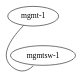
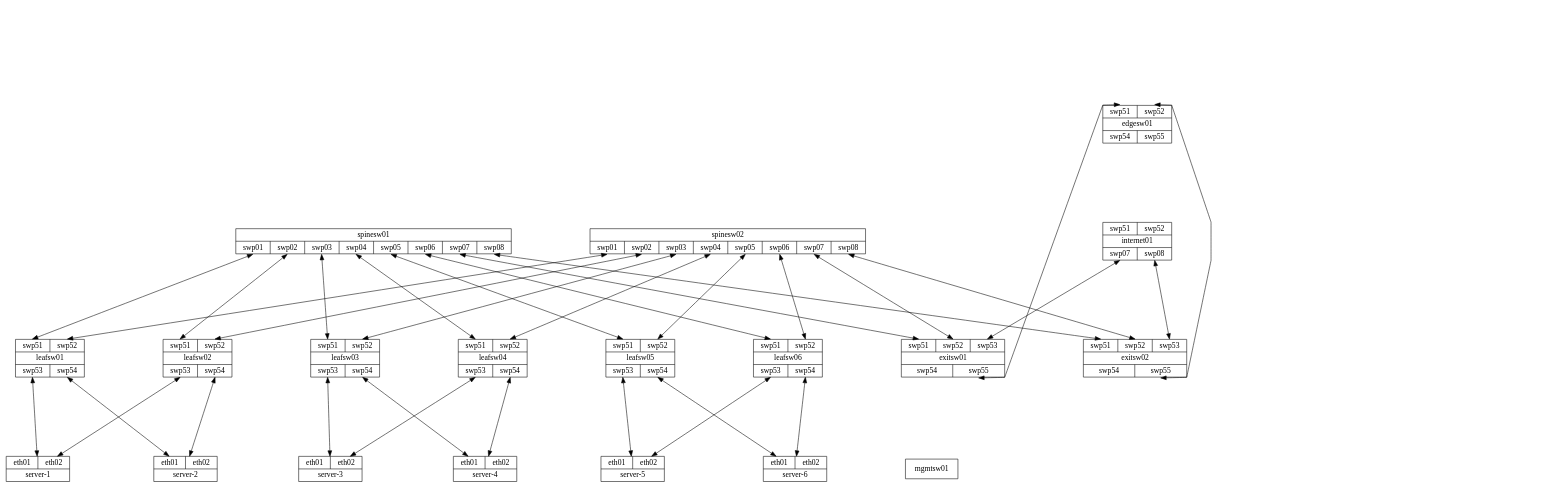
The diagram in Stage1/topology_production.dot (RevREB/openinfrasimulator), drawn with Graphviz before and after one commit.

```diff
--- a/Stage1/topology_production.dot
+++ b/Stage1/topology_production.dot
@@ -1,79 +1,111 @@
-graph vx {
- #"leafsw-1" [function="leaf" vagrant="eth1" as="CumulusCommunity/cumulus-vx" version="3.4.3" memory="768" config="./helper_scripts/config_production_switch.sh" ]
- #"leafsw-2" [function="leaf" vagrant="eth1" os="CumulusCommunity/cumulus-vx" version="3.4.3" memory="768" config="./helper_scripts/config_production_switch.sh" ]
- #"leafsw-3" [function="leaf" vagrant="eth1" os="CumulusCommunity/cumulus-vx" version="3.4.3" memory="768" config="./helper_scripts/config_production_switch.sh" ]
- #"leafsw-4" [function="leaf" vagrant="eth1" os="CumulusCommunity/cumulus-vx" version="3.4.3" memory="768" config="./helper_scripts/config_production_switch.sh" ]
- #"leafsw-5" [function="leaf" vagrant="eth1" os="CumulusCommunity/cumulus-vx" version="3.4.3" memory="768" config="./helper_scripts/config_production_switch.sh" ]
- #"leafsw-6" [function="leaf" vagrant="eth1" os="CumulusCommunity/cumulus-vx" version="3.4.3" memory="768" config="./helper_scripts/config_production_switch.sh" ]
- #"spinesw-1" [function="spine" vagrant="eth1" os="CumulusCommunity/cumulus-vx" version="3.4.3" memory="768" config="./helper_scripts/config_production_switch.sh" ]
- #"spinesw-2" [function="spine" vagrant="eth1" os="CumulusCommunity/cumulus-vx" version="3.4.3" memory="768" config="./helper_scripts/config_production_switch.sh" ]
- #"edgesw-1" [function="edge" vagrant="eth1" os="CumulusCommunity/cumulus-vx" version="3.4.3" memory="768" config="./helper_scripts/config_production_switch.sh" ]
- #"edgesw-2" [function="edge" vagrant="eth1" os="CumulusCommunity/cumulus-vx" version="3.4.3" memory="768" config="./helper_scripts/config_production_switch.sh" ]
- "mgmtsw-1" [function="oob-switch" vagrant="eth1" os="CumulusCommunity/cumulus-vx" version="4.2.0" memory="768" config="./helper_scripts/config_switch.sh" ]
- "mgmt-1" [function="oob-server" vagrant="eth1" os="debian/jessie64" memory="1024" config="./helper_scripts/config_oobserver.sh" ]
- #"server-1" [function="host" vagrant="eth3" os="CumulusCommunity/cumulus-vx" version="3.4.3" memory="768" config="./helper_scripts/config_production_server.sh" ]
- #"server-2" [function="host" vagrant="eth3" os="CumulusCommunity/cumulus-vx" version="3.4.3" memory="768" config="./helper_scripts/config_production_server.sh" ]
- #"server-3" [function="host" vagrant="eth3" os="CumulusCommunity/cumulus-vx" version="3.4.3" memory="768" config="./helper_scripts/config_production_server.sh" ]
- #"server-4" [function="host" vagrant="eth3" os="CumulusCommunity/cumulus-vx" version="3.4.3" memory="768" config="./helper_scripts/config_production_server.sh" ]
- #"server-5" [function="host" vagrant="eth3" os="CumulusCommunity/cumulus-vx" version="3.4.3" memory="768" config="./helper_scripts/config_production_server.sh" ]
- #"server-6" [function="host" vagrant="eth3" os="CumulusCommunity/cumulus-vx" version="3.4.3" memory="768" config="./helper_scripts/config_production_server.sh" ]
+digraph vx {
+    
+  ///////////////////////////////////////
+  // Global setup
+  ///////////////////////////////////////
 
- #"leaf-1":"swp51" -- "spine-1":"swp1"
- #"leaf-2":"swp51" -- "spine-1":"swp2"
- #"leaf-3":"swp51" -- "spine-1":"swp3"
- #"leaf-4":"swp51" -- "spine-1":"swp4"
- #"leaf-5":"swp51" -- "spine-1":"swp5"
- #"leaf-6":"swp51" -- "spine-1":"swp6"
- #"leaf-1":"swp52" -- "spine-2":"swp1"
- #"leaf-2":"swp52" -- "spine-2":"swp2"
- #"leaf-3":"swp52" -- "spine-2":"swp3"
- #"leaf-4":"swp52" -- "spine-2":"swp4"
- #"leaf-5":"swp52" -- "spine-2":"swp5"
- #"leaf-6":"swp52" -- "spine-2":"swp6"
+  node [shape=record];
+  rankdir=BT;
+  ranksep=2;
+  nodesep=2;
+  splines=polyline;
+  
+  ## Define Switch Nodes
+  "leafsw01" [label="{{ <swp51> swp51 | <swp52> swp52 } | leafsw01 | { <swp53> swp53 | <swp54> swp54 }}"; function="leaf" vagrant="eth1" as="CumulusCommunity/cumulus-vx" version="3.4.3" memory="768" config="./helper_scripts/config_production_switch.sh" ]
+  "leafsw02" [label="{{ <swp51> swp51 | <swp52> swp52 } | leafsw02 | { <swp53> swp53 | <swp54> swp54 }}"; function="leaf" vagrant="eth1" os="CumulusCommunity/cumulus-vx" version="3.4.3" memory="768" config="./helper_scripts/config_production_switch.sh" ]
+  "leafsw03" [label="{{ <swp51> swp51 | <swp52> swp52 } | leafsw03 | { <swp53> swp53 | <swp54> swp54 }}"; function="leaf" vagrant="eth1" os="CumulusCommunity/cumulus-vx" version="3.4.3" memory="768" config="./helper_scripts/config_production_switch.sh" ]
+  "leafsw04" [label="{{ <swp51> swp51 | <swp52> swp52 } | leafsw04 | { <swp53> swp53 | <swp54> swp54 }}"; function="leaf" vagrant="eth1" os="CumulusCommunity/cumulus-vx" version="3.4.3" memory="768" config="./helper_scripts/config_production_switch.sh" ]
+  "leafsw05" [label="{{ <swp51> swp51 | <swp52> swp52 } | leafsw05 | { <swp53> swp53 | <swp54> swp54 }}"; function="leaf" vagrant="eth1" os="CumulusCommunity/cumulus-vx" version="3.4.3" memory="768" config="./helper_scripts/config_production_switch.sh" ]
+  "leafsw06" [label="{{ <swp51> swp51 | <swp52> swp52 } | leafsw06 | { <swp53> swp53 | <swp54> swp54 }}"; function="leaf" vagrant="eth1" os="CumulusCommunity/cumulus-vx" version="3.4.3" memory="768" config="./helper_scripts/config_production_switch.sh" ]
+  "spinesw01" [label="{ spinesw01 |{ <swp01> swp01 | <swp02> swp02 | <swp03> swp03 | <swp04> swp04 | <swp05> swp05 | <swp06> swp06 | <swp07> swp07 | <swp08> swp08 }}"; function="spine" vagrant="eth1" os="CumulusCommunity/cumulus-vx" version="3.4.3" memory="768" config="./helper_scripts/config_production_switch.sh" ]
+  "spinesw02" [label="{ spinesw02 |{ <swp01> swp01 | <swp02> swp02 | <swp03> swp03 | <swp04> swp04 | <swp05> swp05 | <swp06> swp06 | <swp07> swp07 | <swp08> swp08 }}"; function="spine" vagrant="eth1" os="CumulusCommunity/cumulus-vx" version="3.4.3" memory="768" config="./helper_scripts/config_production_switch.sh" ]
+  "edgesw01" [label="{{ <swp51> swp51 | <swp52> swp52 } | edgesw01 | { <swp54> swp54 | <swp55> swp55 }}"; function="edge" vagrant="eth1" os="CumulusCommunity/cumulus-vx" version="3.4.3" memory="768" config="./helper_scripts/config_production_switch.sh" ]
+  "internet01" [label="{{ <swp51> swp51 | <swp52> swp52 } | internet01 | { <swp07> swp07 | <swp08> swp08 }}"; function="edge" vagrant="eth1" os="CumulusCommunity/cumulus-vx" version="3.4.3" memory="768" config="./helper_scripts/config_production_switch.sh" ]
+  "exitsw01" [label="{{ <swp51> swp51 | <swp52> swp52 | <swp53> swp53 } | exitsw01 | { <swp54> swp54 | <swp55> swp55 }}"; function="edge" vagrant="eth1" os="CumulusCommunity/cumulus-vx" version="3.4.3" memory="768" config="./helper_scripts/config_production_switch.sh" ]
+  "exitsw02" [label="{{ <swp51> swp51 | <swp52> swp52 | <swp53> swp53 } | exitsw02 | { <swp54> swp54 | <swp55> swp55 }}"; function="edge" vagrant="eth1" os="CumulusCommunity/cumulus-vx" version="3.4.3" memory="768" config="./helper_scripts/config_production_switch.sh" ]
+  "mgmtsw01" [function="oob-switch" vagrant="eth1" os="CumulusCommunity/cumulus-vx" version="4.2.0" memory="768" config="./helper_scripts/config_switch.sh" ]
+ 
+  ## Define Server Nodes
+  #"mgmt-1" [function="oob-server" vagrant="eth1" os="debian/jessie64" memory="1024" config="./helper_scripts/config_oobserver.sh" ]
+  "server-1" [label="{{ <eth01> eth01 | <eth02> eth02 } | server-1}"; function="host" vagrant="eth3" os="CumulusCommunity/cumulus-vx" version="3.4.3" memory="768" config="./helper_scripts/config_production_server.sh" ]
+  "server-2" [label="{{ <eth01> eth01 | <eth02> eth02 } | server-2}"; function="host" vagrant="eth3" os="CumulusCommunity/cumulus-vx" version="3.4.3" memory="768" config="./helper_scripts/config_production_server.sh" ]
+  "server-3" [label="{{ <eth01> eth01 | <eth02> eth02 } | server-3}"; function="host" vagrant="eth3" os="CumulusCommunity/cumulus-vx" version="3.4.3" memory="768" config="./helper_scripts/config_production_server.sh" ]
+  "server-4" [label="{{ <eth01> eth01 | <eth02> eth02 } | server-4}"; function="host" vagrant="eth3" os="CumulusCommunity/cumulus-vx" version="3.4.3" memory="768" config="./helper_scripts/config_production_server.sh" ]
+  "server-5" [label="{{ <eth01> eth01 | <eth02> eth02 } | server-5}"; function="host" vagrant="eth3" os="CumulusCommunity/cumulus-vx" version="3.4.3" memory="768" config="./helper_scripts/config_production_server.sh" ]
+  "server-6" [label="{{ <eth01> eth01 | <eth02> eth02 } | server-6}"; function="host" vagrant="eth3" os="CumulusCommunity/cumulus-vx" version="3.4.3" memory="768" config="./helper_scripts/config_production_server.sh" ]
 
- #"leaf-1":"swp53" -- "leaf-2":"swp53"
- #"leaf-1":"swp54" -- "leaf-2":"swp54"
- #"leaf-3":"swp53" -- "leaf-4":"swp53"
- #"leaf-3":"swp54" -- "leaf-4":"swp54"
- #"leaf-5":"swp53" -- "leaf-6":"swp53"
- #"leaf-5":"swp54" -- "leaf-6":"swp54"
+  "leafsw01":"swp51":n -> "spinesw01":"swp01":s[dir=both]
+  "leafsw02":"swp51":n -> "spinesw01":"swp02":s[dir=both]
+  "leafsw03":"swp51":n -> "spinesw01":"swp03":s[dir=both]
+  "leafsw04":"swp51":n -> "spinesw01":"swp04":s[dir=both]
+  "leafsw05":"swp51":n -> "spinesw01":"swp05":s[dir=both]
+  "leafsw06":"swp51":n -> "spinesw01":"swp06":s[dir=both]
+  "leafsw01":"swp52":n -> "spinesw02":"swp01":s[dir=both]
+  "leafsw02":"swp52":n -> "spinesw02":"swp02":s[dir=both]
+  "leafsw03":"swp52":n -> "spinesw02":"swp03":s[dir=both]
+  "leafsw04":"swp52":n -> "spinesw02":"swp04":s[dir=both]
+  "leafsw05":"swp52":n -> "spinesw02":"swp05":s[dir=both]
+  "leafsw06":"swp52":n -> "spinesw02":"swp06":s[dir=both]
 
- #"edge-1":"swp53" -- "edge-2":"swp53"
- #"edge-1":"swp54" -- "edge-2":"swp54"
+  #"leafsw01":e -> "leafsw02":w[dir=both][ weight = 100, style = invis ]
+  #"leafsw01":"swp54" -> "leafsw02":"swp54"
+  #"leafsw03":"swp53" -> "leafsw04":"swp53"
+  #"leafsw03":"swp54" -> "leafsw04":"swp54"
+  #"leafsw05":"swp53" -> "leafsw06":"swp53"
+  #"leafsw05":"swp54" -> "leafsw06":"swp54"
 
- #"edge-1":"swp51" -- "spine-1":"swp51"
- #"edge-1":"swp52" -- "spine-2":"swp51"
- #"edge-2":"swp51" -- "spine-1":"swp52"
- #"edge-2":"swp52" -- "spine-2":"swp52"
+  "exitsw01":"swp51":n -> "spinesw01":"swp07":s[dir=both]
+  "exitsw01":"swp52":n -> "spinesw02":"swp07":s[dir=both]
+  "exitsw02":"swp51":n -> "spinesw01":"swp08":s[dir=both]
+  "exitsw02":"swp52":n -> "spinesw02":"swp08":s[dir=both]
+  
+  "exitsw01":"swp53":n -> "internet01":"swp07":s[dir=both]
+  "exitsw02":"swp53":n -> "internet01":"swp08":s[dir=both]
+  
+  "exitsw01":"swp55":s -> "edgesw01":"swp51":n[dir=both]
+  "exitsw02":"swp55":s -> "edgesw01":"swp52":n[dir=both]
+  
+  "server-1":"eth1":n -> "leafsw01":"swp53":s [left_mac="00:03:00:11:11:01"][dir=both]
+  "server-1":"eth2":n -> "leafsw02":"swp53":s [left_mac="00:03:00:11:11:02"][dir=both]
+  "server-2":"eth1":n -> "leafsw01":"swp54":s [left_mac="00:03:00:22:22:01"][dir=both]
+  "server-2":"eth2":n -> "leafsw02":"swp54":s [left_mac="00:03:00:22:22:02"][dir=both]
+  "server-3":"eth1":n -> "leafsw03":"swp53":s [left_mac="00:03:00:33:33:01"][dir=both]
+  "server-3":"eth2":n -> "leafsw04":"swp53":s [left_mac="00:03:00:33:33:02"][dir=both]
+  "server-4":"eth1":n -> "leafsw03":"swp54":s [left_mac="00:03:00:44:44:01"][dir=both]
+  "server-4":"eth2":n -> "leafsw04":"swp54":s [left_mac="00:03:00:44:44:02"][dir=both]
+  "server-5":"eth1":n -> "leafsw05":"swp53":s [left_mac="00:03:00:55:55:01"][dir=both]
+  "server-5":"eth2":n -> "leafsw06":"swp53":s [left_mac="00:03:00:55:55:02"][dir=both]
+  "server-6":"eth1":n -> "leafsw05":"swp54":s [left_mac="00:03:00:66:66:01"][dir=both]
+  "server-6":"eth2":n -> "leafsw06":"swp54":s [left_mac="00:03:00:66:66:02"][dir=both]
 
- #"server-1":"eth1" -- "leaf-1":"swp1" [left_mac="00:03:00:11:11:01"]
- #"server-1":"eth2" -- "leaf-2":"swp1" [left_mac="00:03:00:11:11:02"]
- #"server-2":"eth1" -- "leaf-1":"swp2" [left_mac="00:03:00:22:22:01"]
- #"server-2":"eth2" -- "leaf-2":"swp2" [left_mac="00:03:00:22:22:02"]
- #"server-3":"eth1" -- "leaf-3":"swp1" [left_mac="00:03:00:33:33:01"]
- #"server-3":"eth2" -- "leaf-4":"swp1" [left_mac="00:03:00:33:33:02"]
- #"server-4":"eth1" -- "leaf-3":"swp2" [left_mac="00:03:00:44:44:01"]
- #"server-4":"eth2" -- "leaf-4":"swp2" [left_mac="00:03:00:44:44:02"]
- #"server-5":"eth1" -- "leaf-5":"swp1" [left_mac="00:03:00:55:55:01"]
- #"server-5":"eth2" -- "leaf-6":"swp1" [left_mac="00:03:00:55:55:02"]
- #"server-6":"eth1" -- "leaf-5":"swp2" [left_mac="00:03:00:66:66:01"]
- #"server-6":"eth2" -- "leaf-6":"swp2" [left_mac="00:03:00:66:66:02"]
+  #"leaf-1":"eth0" -- "mgmt-1":"swp1" [left_mac="a0:00:00:00:00:11"]
+  #"leaf-2":"eth0" -- "mgmt-1":"swp2" [left_mac="a0:00:00:00:00:12"]
+  #"leaf-3":"eth0" -- "mgmt-1":"swp3" [left_mac="a0:00:00:00:00:13"]
+  #"leaf-4":"eth0" -- "mgmt-1":"swp4" [left_mac="a0:00:00:00:00:14"]
+  #"leaf-5":"eth0" -- "mgmt-1":"swp5" [left_mac="a0:00:00:00:00:15"]
+  #"leaf-6":"eth0" -- "mgmt-1":"swp6" [left_mac="a0:00:00:00:00:16"]
+  #"spine-1":"eth0" -- "mgmt-1":"swp7" [left_mac="a0:00:00:00:00:21"]
+  #"spine-2":"eth0" -- "mgmt-1":"swp8" [left_mac="a0:00:00:00:00:22"]
+  #"edge-1":"eth0" -- "mgmt-1":"swp9" [left_mac="a0:00:00:00:00:41"]
+  #"edge-2":"eth0" -- "mgmt-1":"swp10" [left_mac="a0:00:00:00:00:42"]
+  #"mgmt-1":"eth0" -- "mgmtsw-1":"swp11" [right_mac="a0:00:00:00:00:61"]
+  #"server-1":"eth0" -- "mgmt-1":"swp12" [left_mac="a0:00:00:00:00:31"]
+  #"server-2":"eth0" -- "mgmt-1":"swp13" [left_mac="a0:00:00:00:00:32"]
+  #"server-3":"eth0" -- "mgmt-1":"swp14" [left_mac="a0:00:00:00:00:33"]
+  #"server-4":"eth0" -- "mgmt-1":"swp15" [left_mac="a0:00:00:00:00:34"]
+  #"server-5":"eth0" -- "mgmt-1":"swp16" [left_mac="a0:00:00:00:00:35"]
+  #"server-6":"eth0" -- "mgmt-1":"swp17" [left_mac="a0:00:00:00:00:36"]
 
- #"leaf-1":"eth0" -- "mgmt-1":"swp1" [left_mac="a0:00:00:00:00:11"]
- #"leaf-2":"eth0" -- "mgmt-1":"swp2" [left_mac="a0:00:00:00:00:12"]
- #"leaf-3":"eth0" -- "mgmt-1":"swp3" [left_mac="a0:00:00:00:00:13"]
- #"leaf-4":"eth0" -- "mgmt-1":"swp4" [left_mac="a0:00:00:00:00:14"]
- #"leaf-5":"eth0" -- "mgmt-1":"swp5" [left_mac="a0:00:00:00:00:15"]
- #"leaf-6":"eth0" -- "mgmt-1":"swp6" [left_mac="a0:00:00:00:00:16"]
- #"spine-1":"eth0" -- "mgmt-1":"swp7" [left_mac="a0:00:00:00:00:21"]
- #"spine-2":"eth0" -- "mgmt-1":"swp8" [left_mac="a0:00:00:00:00:22"]
- #"edge-1":"eth0" -- "mgmt-1":"swp9" [left_mac="a0:00:00:00:00:41"]
- #"edge-2":"eth0" -- "mgmt-1":"swp10" [left_mac="a0:00:00:00:00:42"]
- "mgmt-1":"eth0" -- "mgmtsw-1":"swp11" [right_mac="a0:00:00:00:00:61"]
- #"server-1":"eth0" -- "mgmt-1":"swp12" [left_mac="a0:00:00:00:00:31"]
- #"server-2":"eth0" -- "mgmt-1":"swp13" [left_mac="a0:00:00:00:00:32"]
- #"server-3":"eth0" -- "mgmt-1":"swp14" [left_mac="a0:00:00:00:00:33"]
- #"server-4":"eth0" -- "mgmt-1":"swp15" [left_mac="a0:00:00:00:00:34"]
- #"server-5":"eth0" -- "mgmt-1":"swp16" [left_mac="a0:00:00:00:00:35"]
- #"server-6":"eth0" -- "mgmt-1":"swp17" [left_mac="a0:00:00:00:00:36"]
+  {
+    node [style="invis"];
+    edge [style="invis"];
+
+    a -> b -> c -> d -> e;
+
+    {rank=same;  a;  "spinesw01"; "spinesw02"; "internet01"  }
+    {rank=same;  b;  "leafsw01"; "leafsw02"; "leafsw03"; "leafsw04"; "leafsw05"; "leafsw06";       }
+    {rank=same;  c;  }
+    {rank=same;  d;  "edgesw01"; }
+    {rank=same;  e;  }
+  }       
 }
```
